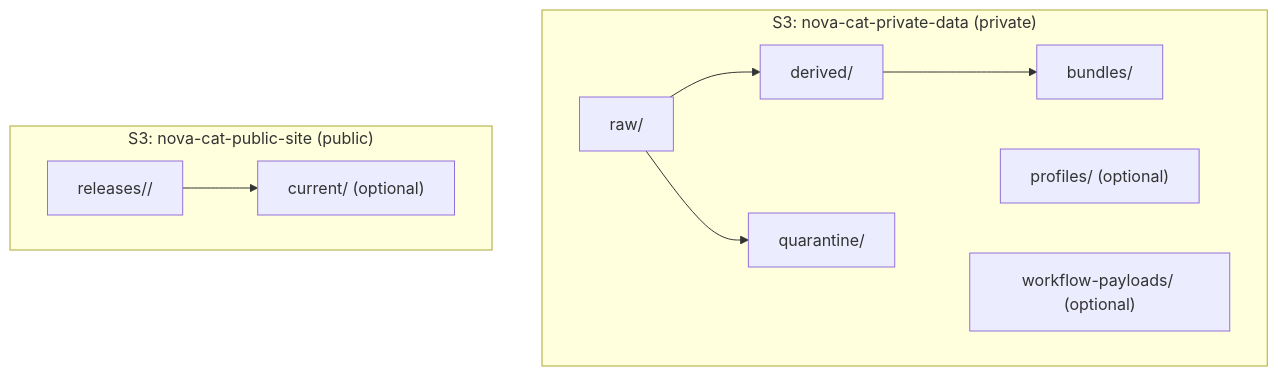
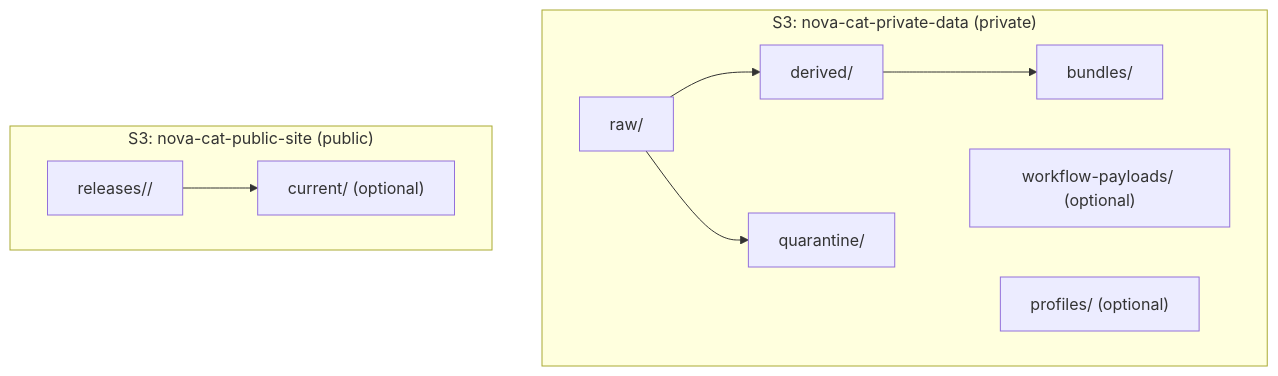
One commit to finzellt/aws_nova_cat changed the diagram in docs/storage/s3-layout.md. Above: the diagram before and after it, drawn with Mermaid. The commit also changed other lines of this file, not shown here.

````diff
--- a/docs/storage/s3-layout.md
+++ b/docs/storage/s3-layout.md
@@ -115,21 +261,21 @@
 ```mermaid
 flowchart TB
   subgraph PRIVATE["S3: nova-cat-private-data (private)"]
-    R1["raw/"]
-    Q1["quarantine/"]
-    D1["derived/"]
-    B1["bundles/"]
-    P1["profiles/ (optional)"]
-    W1["workflow-payloads/ (optional)"]
+    RAW["raw/"]
+    QUAR["quarantine/"]
+    DER["derived/"]
+    BUN["bundles/"]
+    WF["workflow-payloads/ (optional)"]
+    PROF["profiles/ (optional)"]
   end
 
   subgraph PUBLIC["S3: nova-cat-public-site (public)"]
     REL["releases/<release_id>/"]
     CUR["current/ (optional)"]
   end
 
-  R1 --> D1
-  R1 --> Q1
-  D1 --> B1
+  RAW --> DER
+  RAW --> QUAR
+  DER --> BUN
   REL --> CUR
-  ```
+```
````
